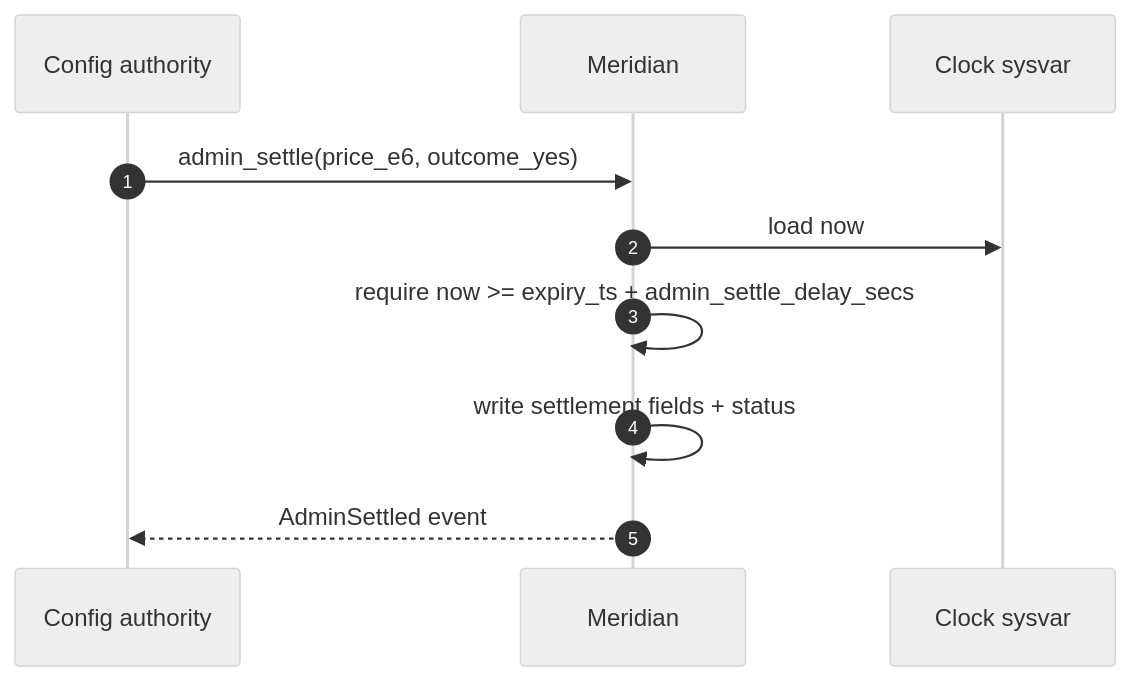
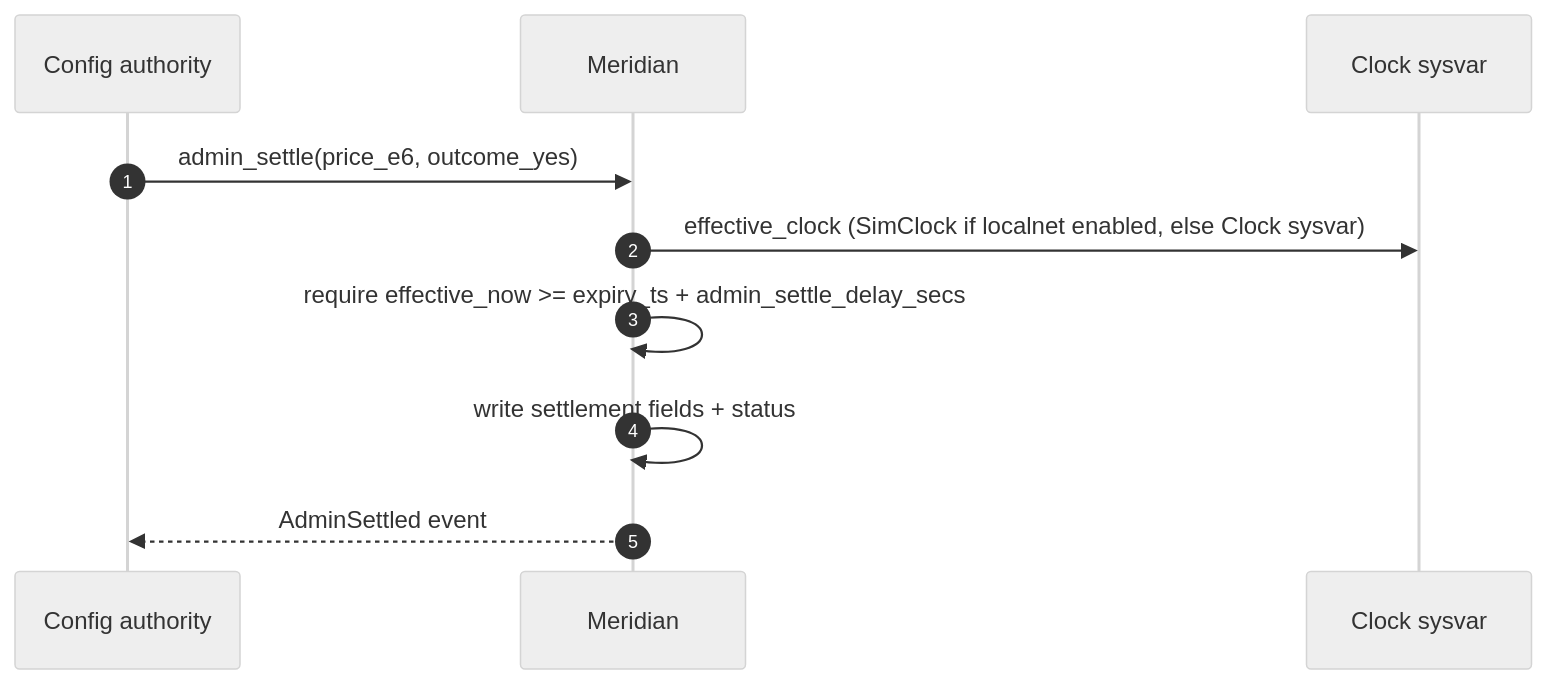
Before and after one commit to debudash/meridian-binMAG7-predictionmkt: the fifth of 9 diagrams in docs/flows.md, drawn with Mermaid (neutral theme). The commit also changed other lines of this file and 5 other files, not shown here.

First line of the commit message:
docs(schema): D-017 SimClock + effective_clock for localnet open/close

````diff
--- a/docs/flows.md
+++ b/docs/flows.md
@@ -132,13 +132,13 @@
 ```mermaid
 sequenceDiagram
     autonumber
     participant Auth as Config authority
     participant Mer as Meridian
     participant Clock as Clock sysvar
 
     Auth->>Mer: admin_settle(price_e6, outcome_yes)
-    Mer->>Clock: load now
-    Mer->>Mer: require now >= expiry_ts + admin_settle_delay_secs
+    Mer->>Clock: effective_clock (SimClock if localnet enabled, else Clock sysvar)
+    Mer->>Mer: require effective_now >= expiry_ts + admin_settle_delay_secs
     Mer->>Mer: write settlement fields + status
     Mer-->>Auth: AdminSettled event
 ```
````
